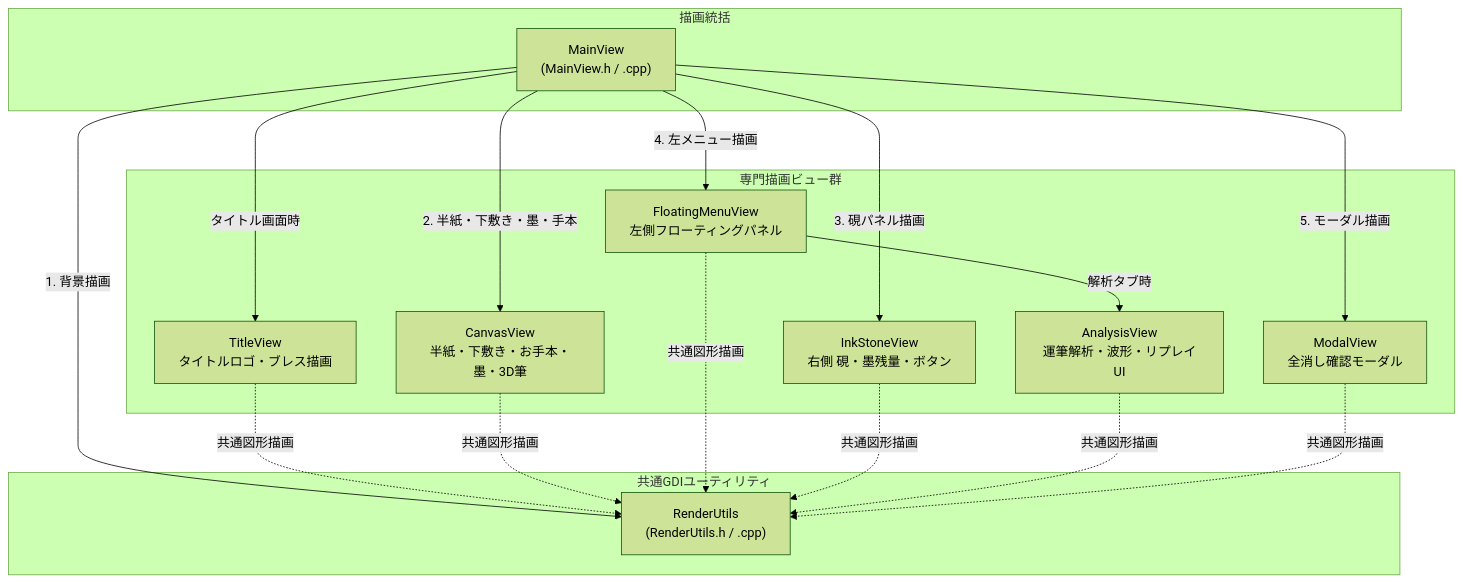
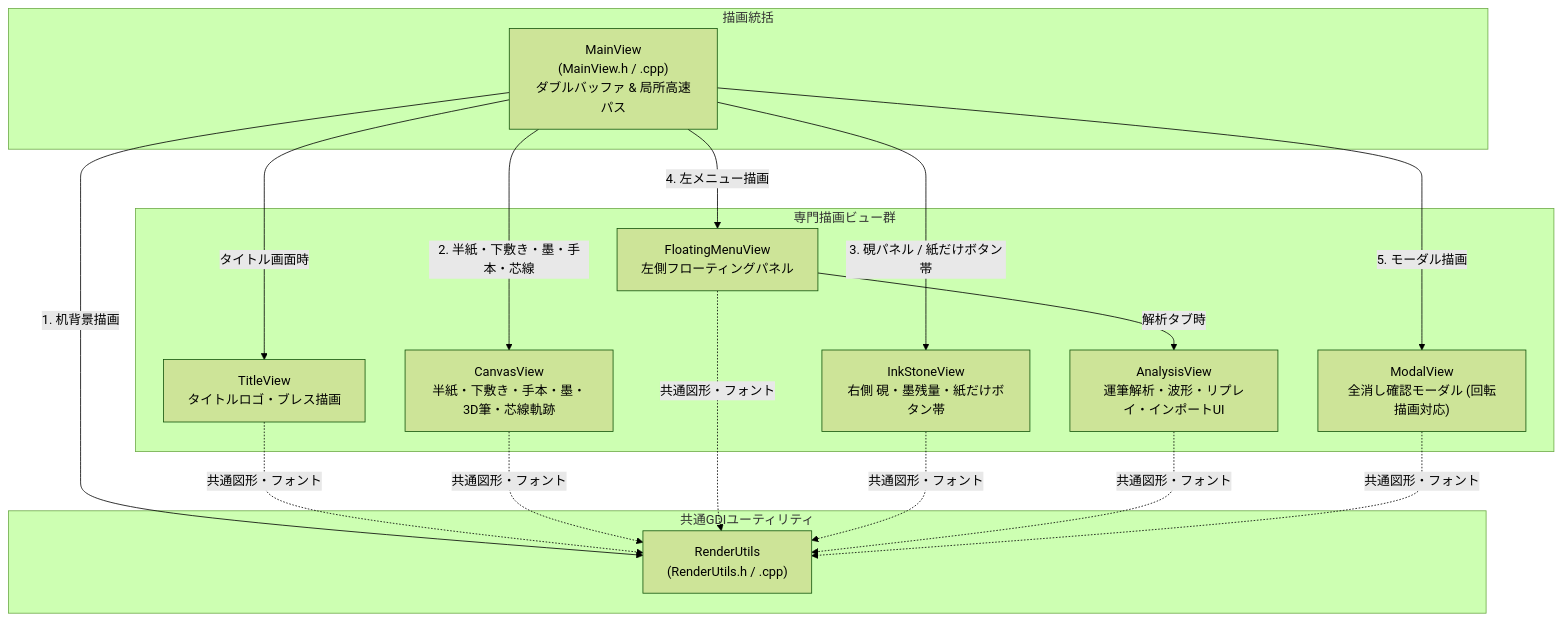
One commit to OkuboKazuki/Fude_Sense changed the diagram in learn/views.md. Above: the diagram before and after it, drawn with Mermaid (forest theme). The commit also changed other lines of this file and 6 other files, not shown here.

````diff
--- a/learn/views.md
+++ b/learn/views.md
@@ -11,34 +11,34 @@
 ```mermaid
 graph TD
     subgraph MainPresenter ["描画統括"]
-        MV["MainView<br>(MainView.h / .cpp)"]
+        MV["MainView<br>(MainView.h / .cpp)<br>ダブルバッファ & 局所高速パス"]
     end
 
     subgraph SpecializedViews ["専門描画ビュー群"]
         TV["TitleView<br>タイトルロゴ・ブレス描画"]
-        CV["CanvasView<br>半紙・下敷き・お手本・墨・3D筆"]
+        CV["CanvasView<br>半紙・下敷き・手本・墨・3D筆・芯線軌跡"]
         FV["FloatingMenuView<br>左側フローティングパネル"]
-        IV["InkStoneView<br>右側 硯・墨残量・ボタン"]
-        AV["AnalysisView<br>運筆解析・波形・リプレイUI"]
-        MODV["ModalView<br>全消し確認モーダル"]
+        IV["InkStoneView<br>右側 硯・墨残量・紙だけボタン帯"]
+        AV["AnalysisView<br>運筆解析・波形・リプレイ・インポートUI"]
+        MODV["ModalView<br>全消し確認モーダル (回転描画対応)"]
     end
 
     subgraph CommonUtil ["共通GDIユーティリティ"]
         RU["RenderUtils<br>(RenderUtils.h / .cpp)"]
     end
 
     MV -->|タイトル画面時| TV
-    MV -->|1. 背景描画| RU
-    MV -->|2. 半紙・下敷き・墨・手本| CV
-    MV -->|3. 硯パネル描画| IV
+    MV -->|1. 机背景描画| RU
+    MV -->|2. 半紙・下敷き・墨・手本・芯線| CV
+    MV -->|3. 硯パネル / 紙だけボタン帯| IV
     MV -->|4. 左メニュー描画| FV
     FV -->|解析タブ時| AV
     MV -->|5. モーダル描画| MODV
 
-    TV -.->|共通図形描画| RU
-    CV -.->|共通図形描画| RU
-    FV -.->|共通図形描画| RU
-    IV -.->|共通図形描画| RU
-    AV -.->|共通図形描画| RU
-    MODV -.->|共通図形描画| RU
+    TV -.->|共通図形・フォント| RU
+    CV -.->|共通図形・フォント| RU
+    FV -.->|共通図形・フォント| RU
+    IV -.->|共通図形・フォント| RU
+    AV -.->|共通図形・フォント| RU
+    MODV -.->|共通図形・フォント| RU
 ```
````
